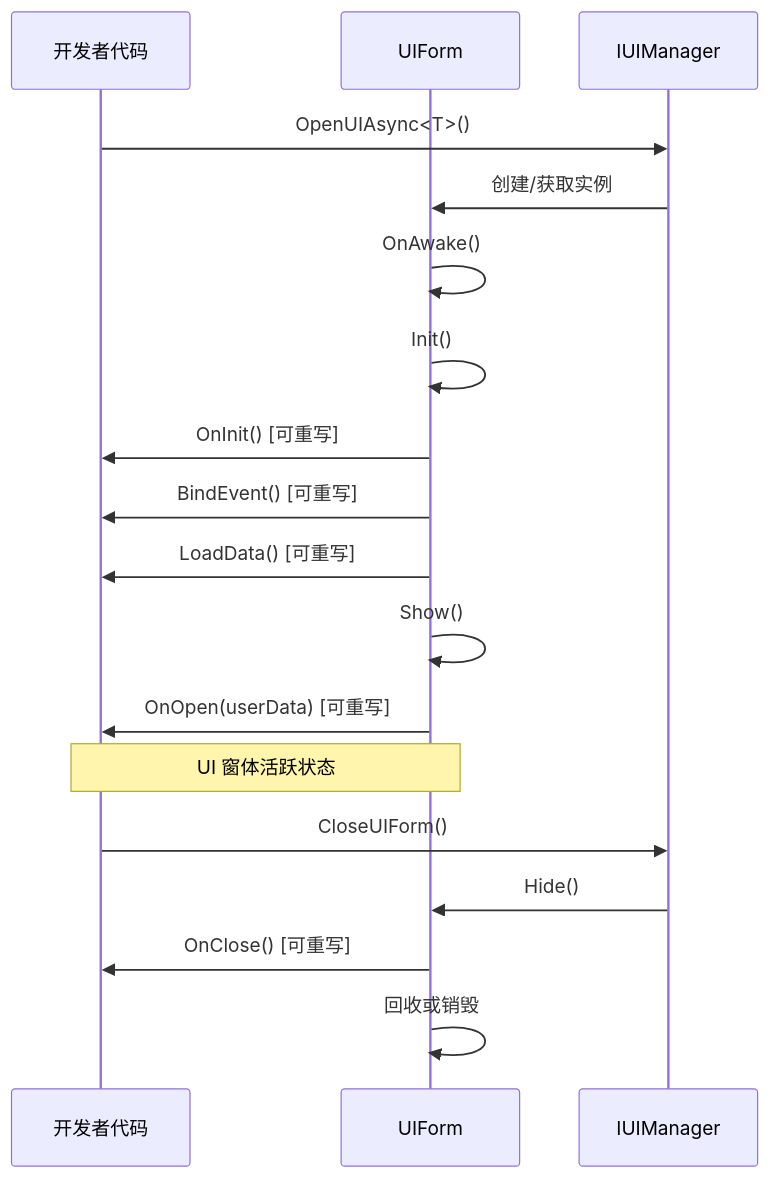
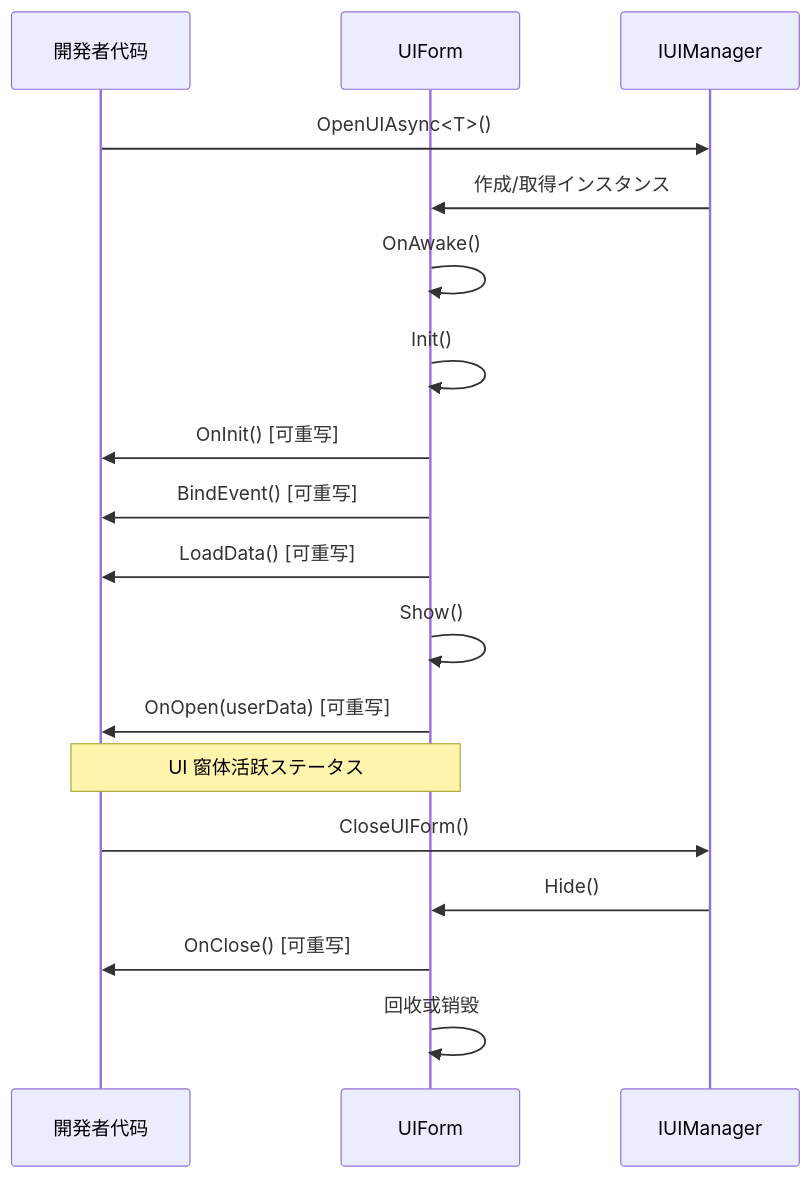
One commit to AlianBlank/GameFrameX.Docs changed the fourth of 4 diagrams in docs/ja/client/unity/component/ui/04.ui-component.md. Above: the diagram before and after it, drawn with Mermaid. The commit also changed other lines of this file and 603 other files, not shown here.

````diff
--- a/docs/ja/client/unity/component/ui/04.ui-component.md
+++ b/docs/ja/client/unity/component/ui/04.ui-component.md
@@ -319,23 +319,23 @@
 ```mermaid
 sequenceDiagram
-    participant Dev as 开发者代码
+    participant Dev as 開発者代码
     participant Form as UIForm
     participant Mgr as IUIManager
 
     Dev->>Mgr: OpenUIAsync<T>()
-    Mgr->>Form: 创建/获取实例
+    Mgr->>Form: 作成/取得インスタンス
     Form->>Form: OnAwake()
     Form->>Form: Init()
     Form->>Dev: OnInit() [可重写]
     Form->>Dev: BindEvent() [可重写]
     Form->>Dev: LoadData() [可重写]
     Form->>Form: Show()
     Form->>Dev: OnOpen(userData) [可重写]
     
-    Note over Form,Dev: UI 窗体活跃状态
+    Note over Form,Dev: UI 窗体活跃ステータス
     
     Dev->>Mgr: CloseUIForm()
     Mgr->>Form: Hide()
     Form->>Dev: OnClose() [可重写]
     Form->>Form: 回收或销毁
 ```
````
